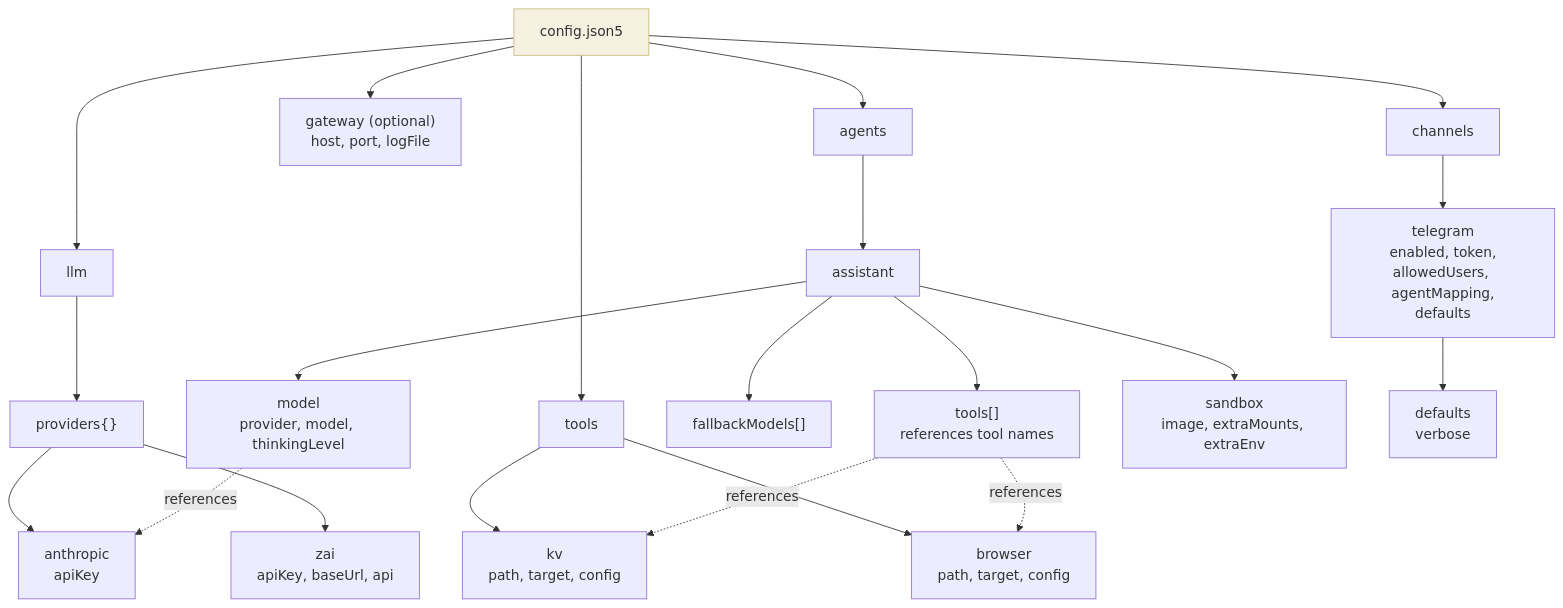
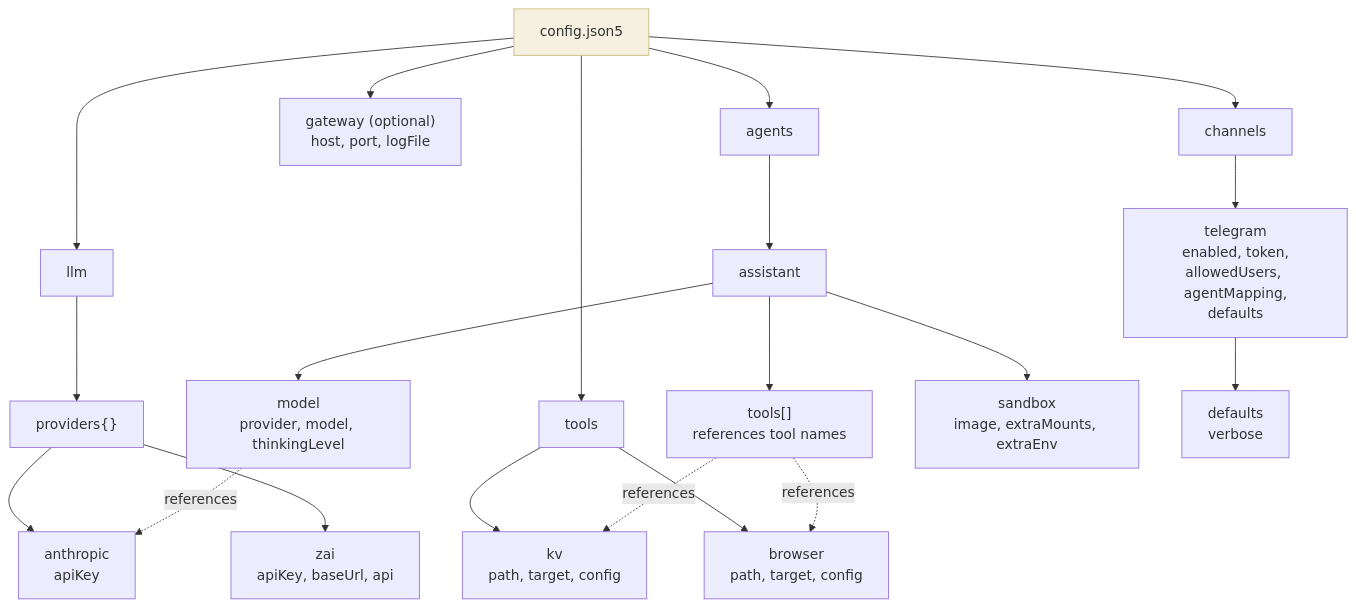
Before and after one commit to matthias-hausberger/beige: the diagram in docs/configuration.md, drawn with Mermaid. The commit also changed other lines of this file and 5 other files, not shown here.

Commit message:
Remove fallbackModels from agent configuration and update TUI commands documentation to include new session management features.

````diff
--- a/docs/configuration.md
+++ b/docs/configuration.md
@@ -155,30 +152,29 @@
 ```mermaid
 graph TD
     CONFIG[config.json5] --> LLM[llm]
     CONFIG --> TOOLS[tools]
     CONFIG --> AGENTS[agents]
     CONFIG --> GW["gateway (optional)<br/>host, port, logFile"]
     CONFIG --> CHANNELS[channels]
 
     LLM --> PROVIDERS["providers{}"]
     PROVIDERS --> P1["anthropic<br/>apiKey"]
     PROVIDERS --> P2["zai<br/>apiKey, baseUrl, api"]
 
     TOOLS --> T1["kv<br/>path, target, config"]
     TOOLS --> T2["browser<br/>path, target, config"]
 
     AGENTS --> A1["assistant"]
     A1 --> MODEL["model<br/>provider, model, thinkingLevel"]
-    A1 --> FALLBACK["fallbackModels[]"]
     A1 --> ATOOLS["tools[]<br/>references tool names"]
     A1 --> SANDBOX["sandbox<br/>image, extraMounts, extraEnv"]
 
     CHANNELS --> TELEGRAM["telegram<br/>enabled, token,<br/>allowedUsers, agentMapping,<br/>defaults"]
     TELEGRAM --> TGDEFAULTS["defaults<br/>verbose"]
 
     ATOOLS -.->|references| T1
     ATOOLS -.->|references| T2
     MODEL -.->|references| P1
 
     style CONFIG fill:#f5f0e0,stroke:#c9b97a
 ```
````
